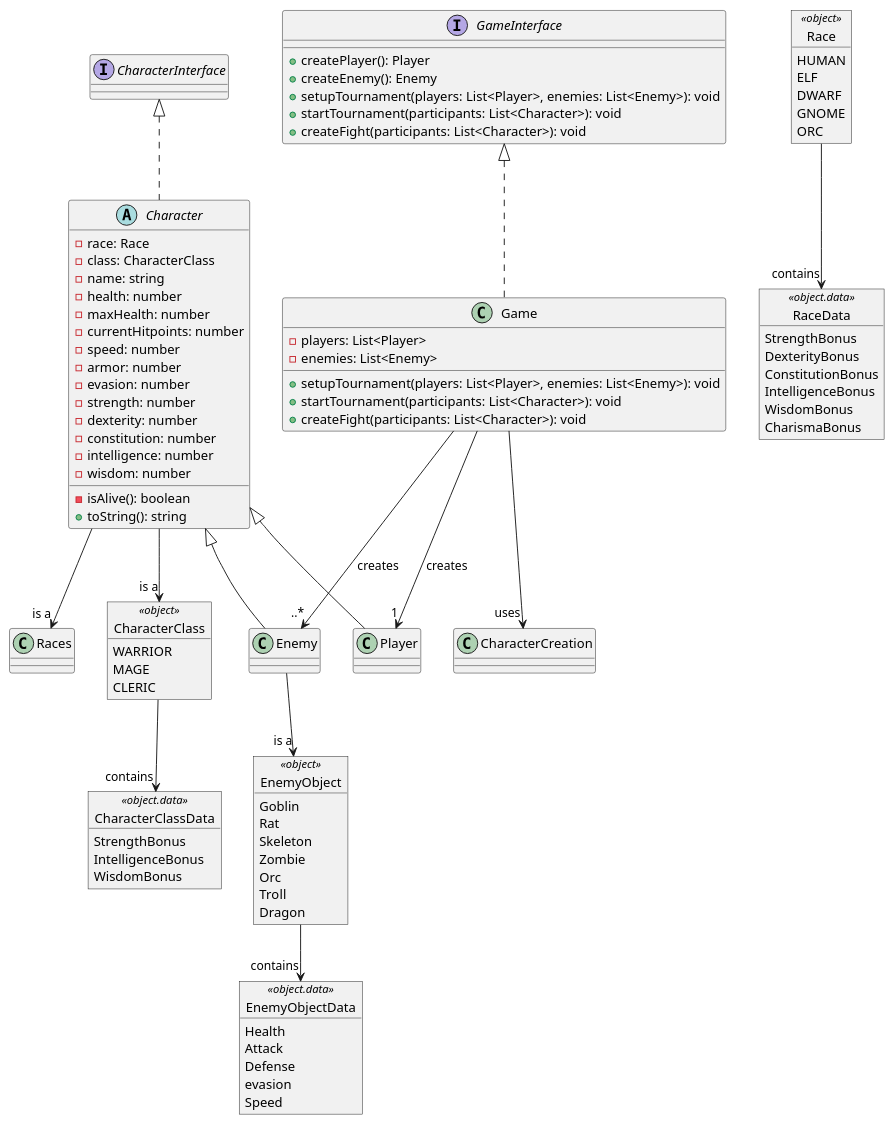
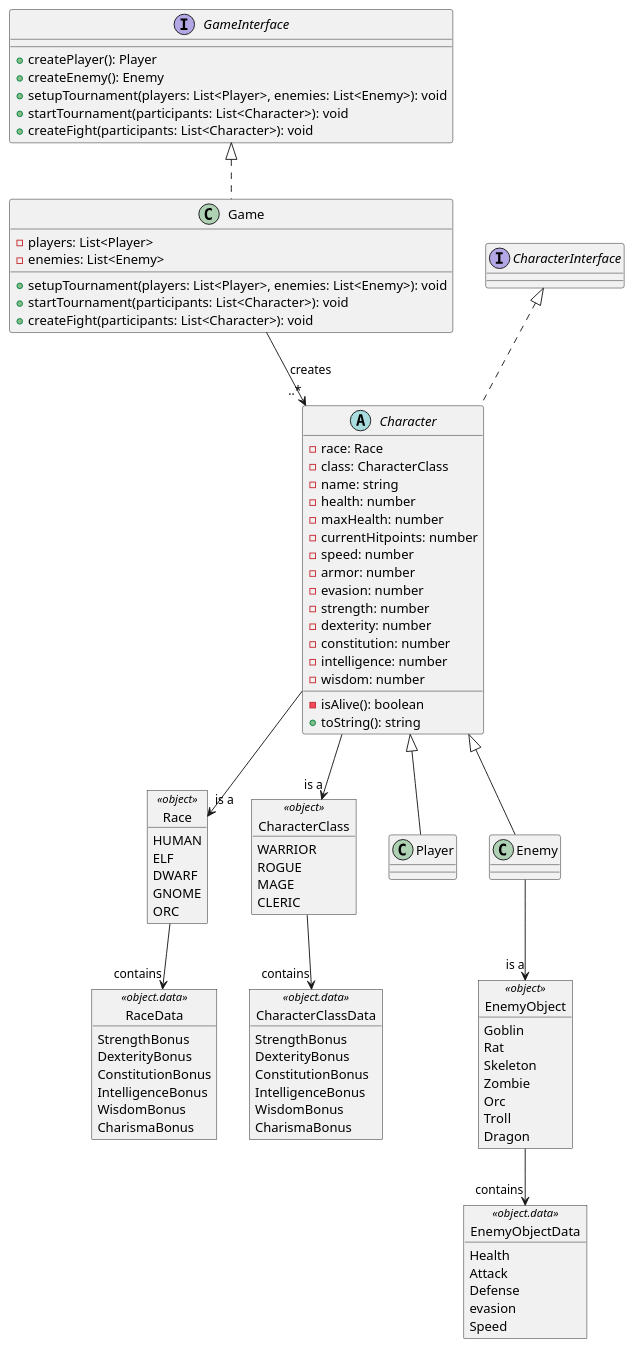
The diagram in diagrams/class_diagram_tournament_fighter_v_01.puml (MrNegnar/RpgRandomGame), drawn with PlantUML before and after one commit. The commit also changed 1 other file, not shown here.

Commit message:
add rouge to classes, update diagram, doesn't relation to empty classes

```diff
--- a/diagrams/class_diagram_tournament_fighter_v_01.puml
+++ b/diagrams/class_diagram_tournament_fighter_v_01.puml
@@ -1,128 +1,130 @@
 @startuml Class diagram of Tournament Fighter
 
 '===============Interfaces=================
 
 interface GameInterface {
   +createPlayer(): Player
   +createEnemy(): Enemy
   +setupTournament(players: List<Player>, enemies: List<Enemy>): void
   +startTournament(participants: List<Character>): void
   +createFight(participants: List<Character>): void
 }
 
 
 
 '===============Objects=================
 
 object EnemyObject <<object>> {
   Goblin
   Rat
   Skeleton
   Zombie
   Orc
   Troll
   Dragon
 }
 
 object Race <<object>> {
   HUMAN
   ELF
   DWARF
   GNOME
   ORC
 }
 
 object CharacterClass <<object>> {
   WARRIOR
+  ROGUE
   MAGE
   CLERIC
 }
 
 '===============Object data=================
 
 object EnemyObjectData <<object.data>> {
   Health
   Attack
   Defense
   evasion
   Speed
 }
 
 object RaceData <<object.data>> {
   StrengthBonus
   DexterityBonus
   ConstitutionBonus
   IntelligenceBonus
   WisdomBonus
   CharismaBonus
 }
 
 object CharacterClassData <<object.data>> {
   StrengthBonus
+  DexterityBonus
+  ConstitutionBonus
   IntelligenceBonus
   WisdomBonus
+  CharismaBonus
 }
 
 
 
 '===============abstract classes=================
 
 abstract Character implements CharacterInterface {
   - race: Race
   - class: CharacterClass
   - name: string
   - health: number
   - maxHealth: number
   - currentHitpoints: number
   - speed: number
   - armor: number
   - evasion: number
   - strength: number
   - dexterity: number
   - constitution: number
   - intelligence: number
   - wisdom: number
   - isAlive(): boolean
   + toString(): string
 }
 
 '===============concrete classes=================
 
 class Game implements GameInterface {
   -players: List<Player>
   -enemies: List<Enemy>
   +setupTournament(players: List<Player>, enemies: List<Enemy>): void
   +startTournament(participants: List<Character>): void
   +createFight(participants: List<Character>): void
 }
 
 class Player extends Character {
 }
 
 class Enemy extends Character {
 }
 
 '================Objects=================
 
-Character --> "is a" Races
-Character --> "is a"CharacterClass
+Character --> "is a" Race
+Character --> "is a" CharacterClass
 
 Enemy --> "is a" EnemyObject
 
 '===============relations=================
 
-Game --> "uses" CharacterCreation
-Game --> "1" Player: creates
-Game --> "..*" Enemy: creates
+Game --> "..*" Character: creates
 
 '==========Object data relations===========
 
 Race --> "contains" RaceData
 
 EnemyObject --> "contains" EnemyObjectData
 
 CharacterClass --> "contains" CharacterClassData
 
 '===============Notes=================
 
 @enduml
```
